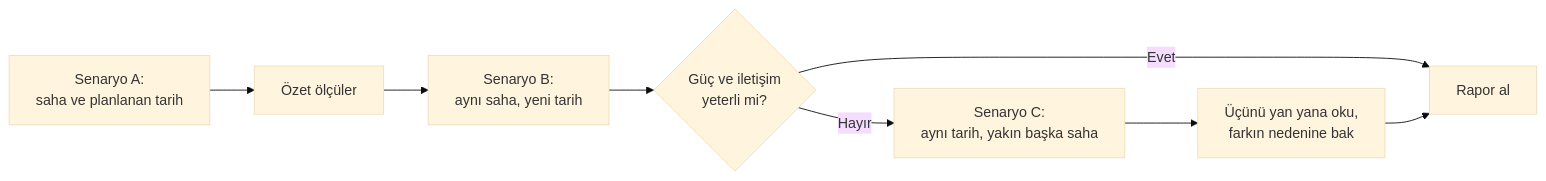
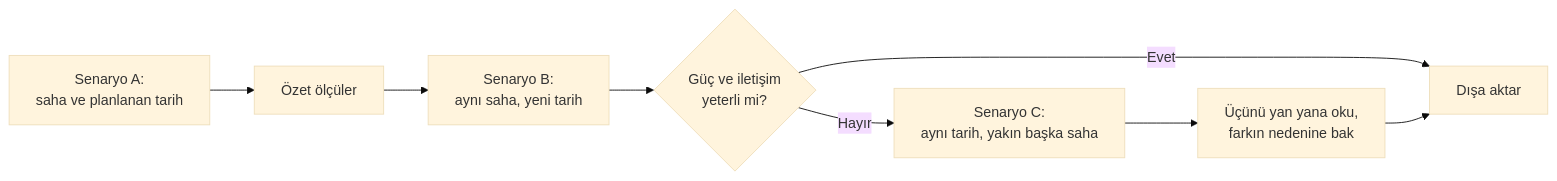
The second of 4 diagrams in docs/product/use-cases-and-scenarios.md (ahmetkrkyn0/NasaSpaceApp_FEZA), drawn with Mermaid (base theme) before and after one commit. The commit also changed other lines of this file and 1 other file, not shown here.

````diff
--- a/docs/product/use-cases-and-scenarios.md
+++ b/docs/product/use-cases-and-scenarios.md
@@ -346,10 +367,10 @@
 ```mermaid
 flowchart LR
   P1["Senaryo A:<br/>saha ve planlanan tarih"] --> P2["Özet ölçüler"]
   P2 --> P3["Senaryo B:<br/>aynı saha, yeni tarih"]
   P3 --> P4{"Güç ve iletişim<br/>yeterli mi?"}
-  P4 -- "Evet" --> P7["Rapor al"]
+  P4 -- "Evet" --> P7["Dışa aktar"]
   P4 -- "Hayır" --> P5["Senaryo C:<br/>aynı tarih, yakın başka saha"]
   P5 --> P6["Üçünü yan yana oku,<br/>farkın nedenine bak"]
   P6 --> P7
 ```
````
